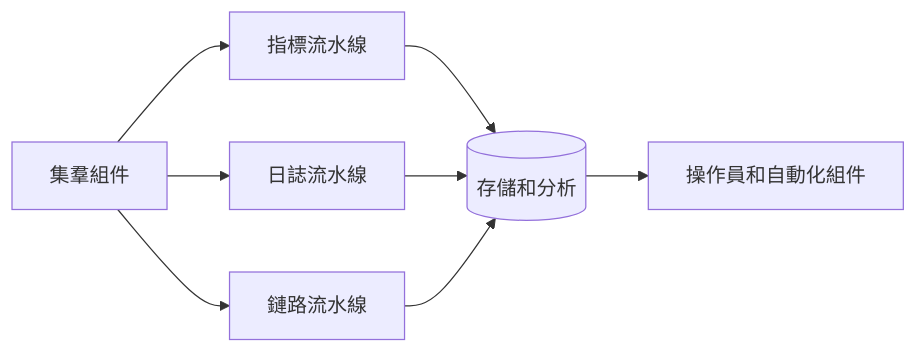
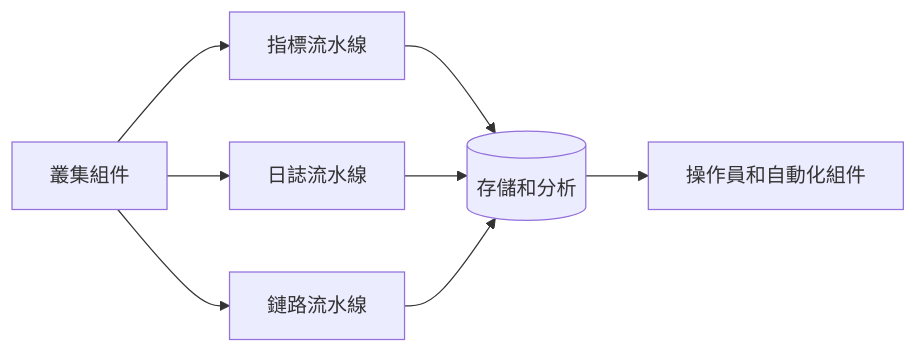
One commit to kubernetes/website changed the first of 4 diagrams in content/zh-tw/docs/concepts/cluster-administration/observability.md. Above: the diagram before and after it, drawn with Mermaid. The commit also changed other lines of this file and 1351 other files, not shown here.

```diff
--- a/content/zh-tw/docs/concepts/cluster-administration/observability.md
+++ b/content/zh-tw/docs/concepts/cluster-administration/observability.md
@@ -58,11 +58,11 @@
 {{< mermaid >}}
 
 flowchart LR
-    A[集羣組件] --> M[指標流水線]
+    A[叢集組件] --> M[指標流水線]
     A --> L[日誌流水線]
     A --> T[鏈路流水線]
     M --> S[(存儲和分析)]
     L --> S
     T --> S
     S --> O[操作員和自動化組件]
 {{< /mermaid >}}
```
